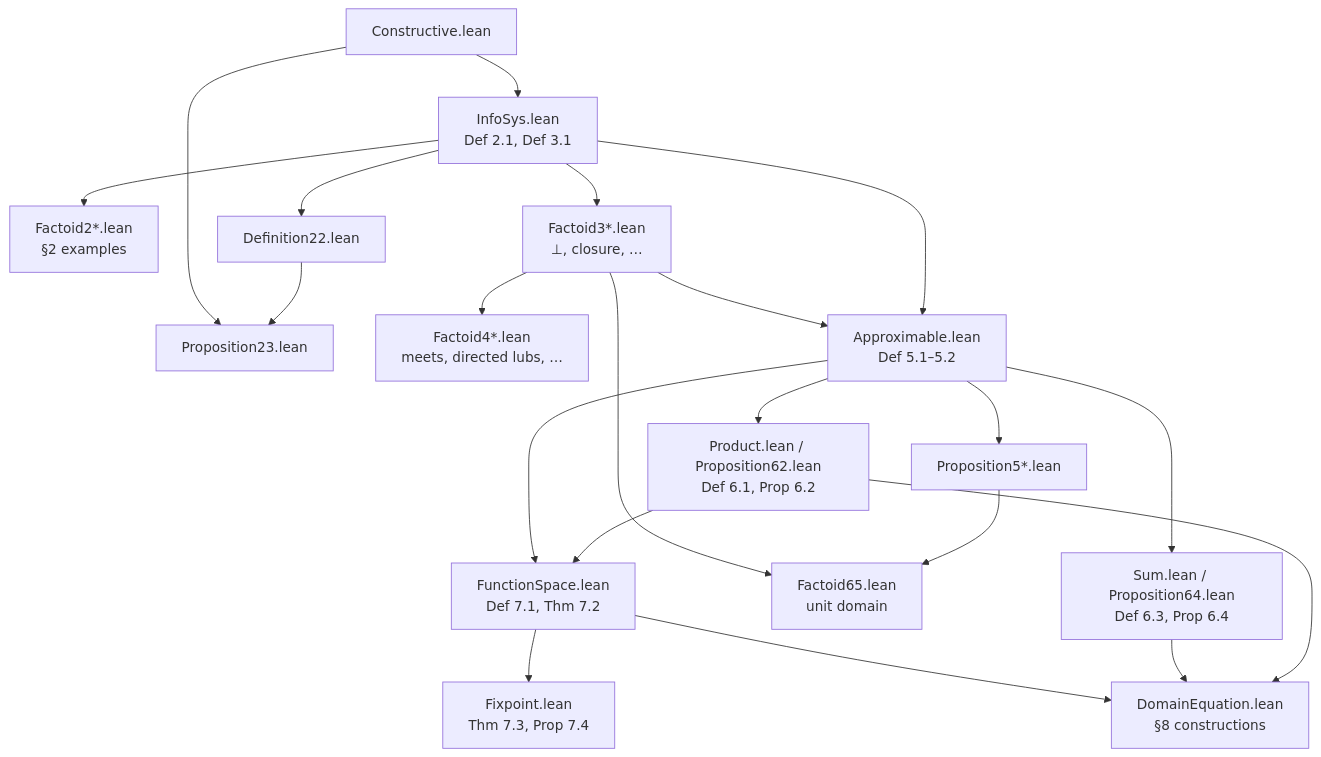
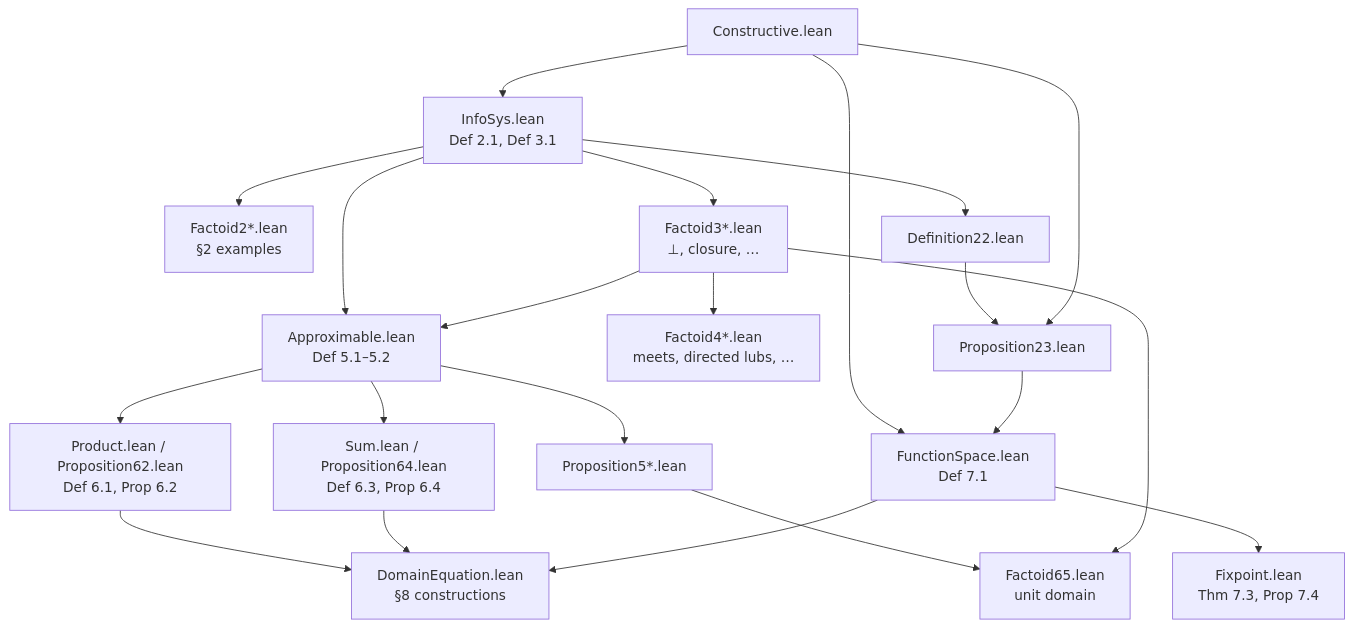
The second of 10 diagrams in arxiv.md (catskillsresearch/scott1982), drawn with Mermaid before and after one commit. The commit also changed other lines of this file and 3 other files, not shown here.

Commit message:
Formalize Definition 7.1 functionSystem and revise the §7 mermaid.

````diff
--- a/arxiv.md
+++ b/arxiv.md
@@ -73,38 +73,38 @@
 ```mermaid
 flowchart TD
   C["Constructive.lean"]
   IS["InfoSys.lean<br/>Def 2.1, Def 3.1"]
   F2["Factoid2*.lean<br/>§2 examples"]
   D22["Definition22.lean"]
   P23["Proposition23.lean"]
   F3["Factoid3*.lean<br/>⊥, closure, …"]
   F4["Factoid4*.lean<br/>meets, directed lubs, …"]
   Ap["Approximable.lean<br/>Def 5.1–5.2"]
   P5["Proposition5*.lean"]
   Pr["Product.lean / Proposition62.lean<br/>Def 6.1, Prop 6.2"]
   Su["Sum.lean / Proposition64.lean<br/>Def 6.3, Prop 6.4"]
   F65["Factoid65.lean<br/>unit domain"]
-  FS["FunctionSpace.lean<br/>Def 7.1, Thm 7.2"]
+  FS["FunctionSpace.lean<br/>Def 7.1"]
   Fx["Fixpoint.lean<br/>Thm 7.3, Prop 7.4"]
   DE["DomainEquation.lean<br/>§8 constructions"]
 
   C --> IS
   IS --> F2
   IS --> D22 --> P23
   C --> P23
   IS --> F3
   F3 --> F4
   IS --> Ap
   F3 --> Ap
   Ap --> P5
   Ap --> Pr
   Ap --> Su
   P5 --> F65
   F3 --> F65
-  Pr --> FS
-  Ap --> FS
+  C --> FS
+  P23 --> FS
   FS --> Fx
   Pr --> DE
   Su --> DE
   FS --> DE
 ```
````
